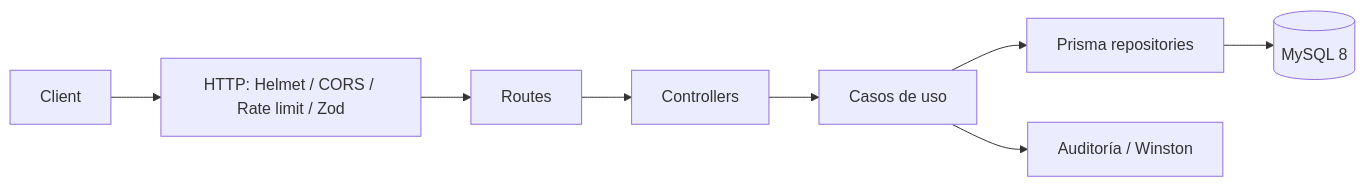
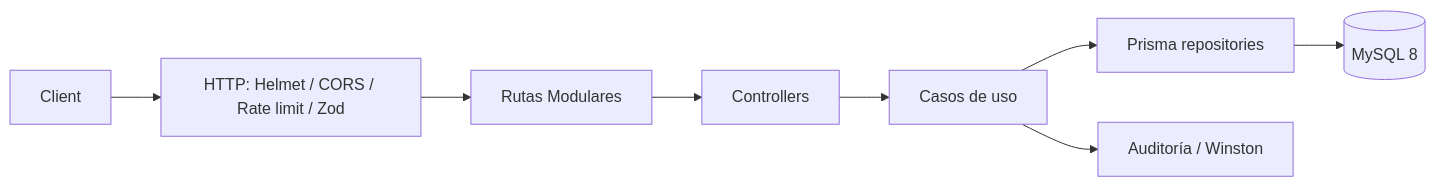
The first of 2 diagrams in README.md (MSA-Automotriz/sistema_asistencia), drawn with Mermaid before and after one commit. The commit also changed other lines of this file and 39 other files, not shown here.

````diff
--- a/README.md
+++ b/README.md
@@ -7,10 +7,10 @@
 ```mermaid
 flowchart LR
   Client --> Middleware[HTTP: Helmet / CORS / Rate limit / Zod]
-  Middleware --> Routes
+  Middleware --> Routes[Rutas Modulares]
   Routes --> Controllers
   Controllers --> UseCases[Casos de uso]
   UseCases --> Repositories[Prisma repositories]
   Repositories --> MySQL[(MySQL 8)]
   UseCases --> Audit[Auditoría / Winston]
 ```
````
